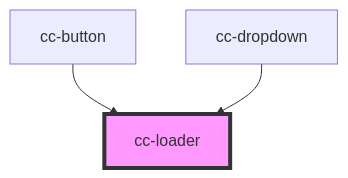
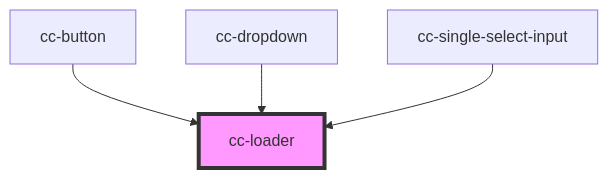
The diagram in packages/core/src/components/cc-loader/readme.md (lacafetalab/cafeta-components), drawn with Mermaid before and after one commit. The commit also changed other lines of this file and 10 other files, not shown here.

````diff
--- a/packages/core/src/components/cc-loader/readme.md
+++ b/packages/core/src/components/cc-loader/readme.md
@@ -23,6 +24,7 @@
 ```mermaid
 graph TD;
   cc-button --> cc-loader
   cc-dropdown --> cc-loader
+  cc-single-select-input --> cc-loader
   style cc-loader fill:#f9f,stroke:#333,stroke-width:4px
 ```
````
